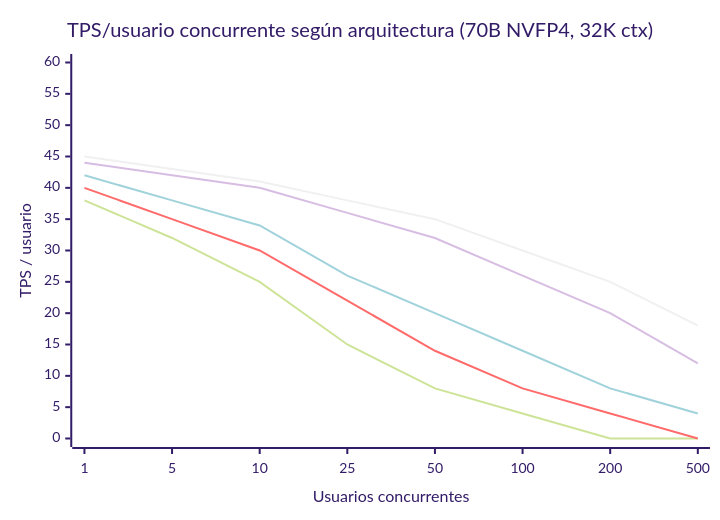
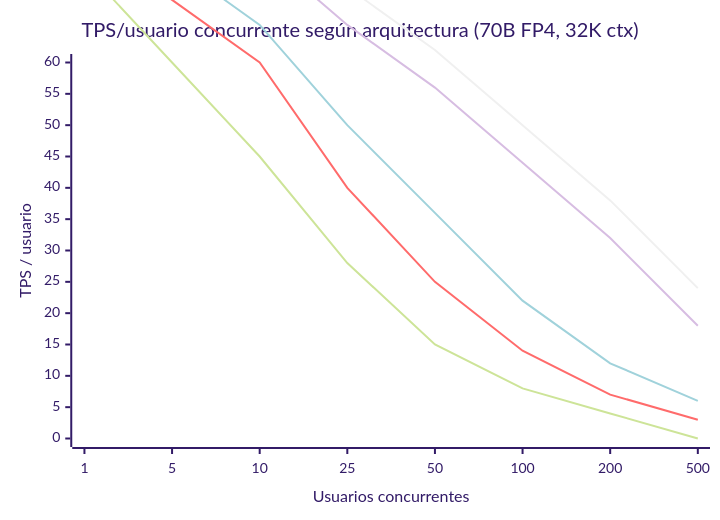
The sixth of 6 diagrams in README.md (SIRGPrice/Spark-Ring-Comparable-Viability), drawn with Mermaid (forest theme) before and after one commit. The commit also changed other lines of this file, not shown here.

````diff
--- a/README.md
+++ b/README.md
@@ -1386,11 +1446,11 @@
 ```mermaid
 xychart-beta
-    title "TPS/usuario concurrente según arquitectura (70B NVFP4, 32K ctx)"
+    title "TPS/usuario concurrente según arquitectura (70B FP4, 32K ctx)"
     x-axis "Usuarios concurrentes" [1, 5, 10, 25, 50, 100, 200, 500]
     y-axis "TPS / usuario" 0 --> 60
-    line "1× Spark"      [38, 32, 25, 15, 8, 4, 0, 0]
-    line "2× Spark"      [40, 35, 30, 22, 14, 8, 4, 0]
-    line "4× Spark"      [42, 38, 34, 26, 20, 14, 8, 4]
-    line "8× RTX PRO 6000" [44, 42, 40, 36, 32, 26, 20, 12]
-    line "16× RTX PRO 6000" [45, 43, 41, 38, 35, 30, 25, 18]
+    line "1× Spark"      [75, 60, 45, 28, 15, 8, 4, 0]
+    line "2× Spark"      [80, 70, 60, 40, 25, 14, 7, 3]
+    line "4× Spark"      [85, 76, 66, 50, 36, 22, 12, 6]
+    line "8× RTX PRO 6000" [90, 84, 78, 66, 56, 44, 32, 18]
+    line "16× RTX PRO 6000" [92, 88, 82, 72, 62, 50, 38, 24]
 ```
````
